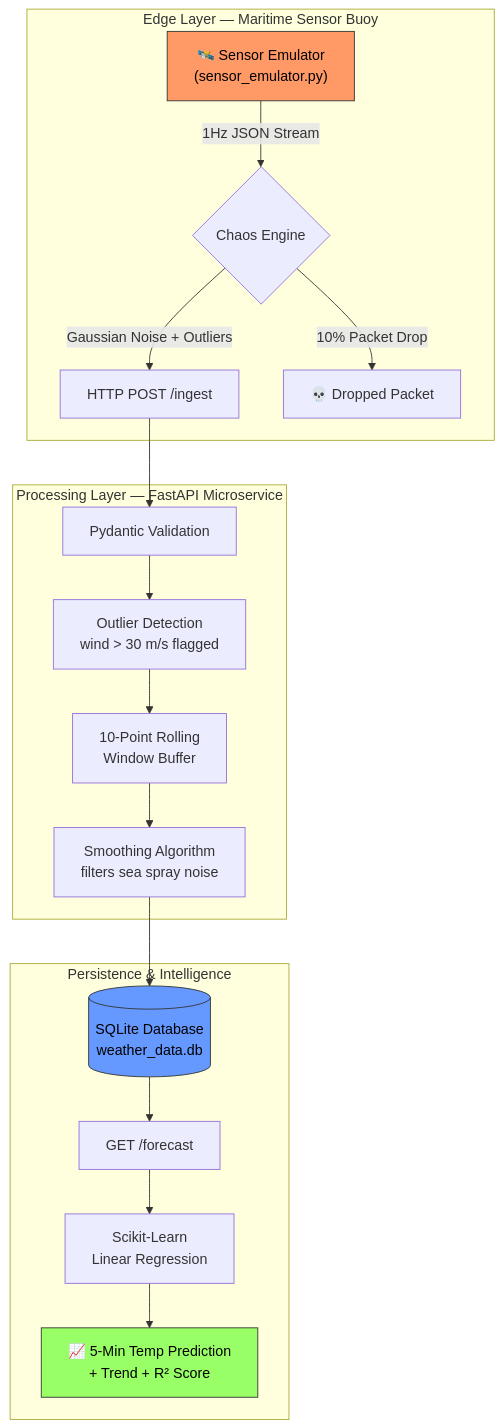
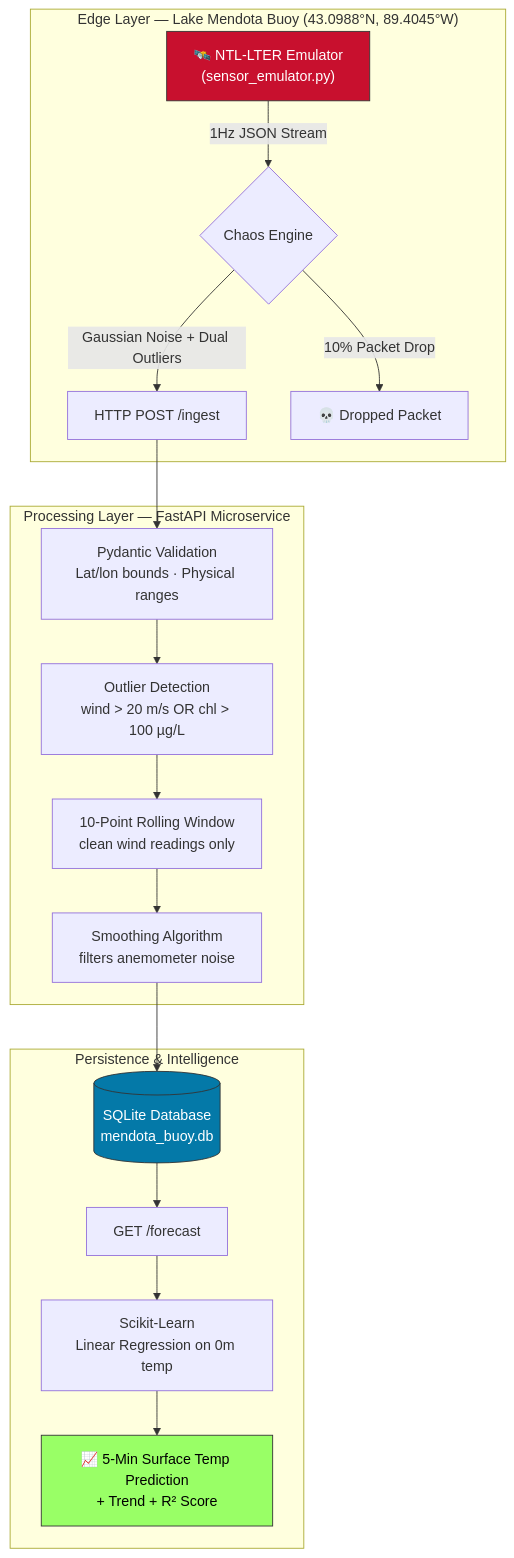
The diagram in README.md (chhabrashilin/sentinal-stream), drawn with Mermaid before and after one commit. The commit also changed other lines of this file and 4 other files, not shown here.

First line of the commit message:
feat: pivot to Lake Mendota NTL-LTER digital twin (Mendota Edition)

````diff
--- a/README.md
+++ b/README.md
@@ -54,26 +61,26 @@
 ```mermaid
 graph TD
-    subgraph "Edge Layer — Maritime Sensor Buoy"
-        A["🛰️ Sensor Emulator\n(sensor_emulator.py)"] -->|1Hz JSON Stream| B{"Chaos Engine"}
-        B -->|Gaussian Noise + Outliers| C[HTTP POST /ingest]
+    subgraph "Edge Layer — Lake Mendota Buoy (43.0988°N, 89.4045°W)"
+        A["🛰️ NTL-LTER Emulator\n(sensor_emulator.py)"] -->|1Hz JSON Stream| B{"Chaos Engine"}
+        B -->|Gaussian Noise + Dual Outliers| C[HTTP POST /ingest]
         B -->|10% Packet Drop| D[💀 Dropped Packet]
     end
 
     subgraph "Processing Layer — FastAPI Microservice"
-        C --> E[Pydantic Validation]
-        E --> F[Outlier Detection\nwind > 30 m/s flagged]
-        F --> G[10-Point Rolling\nWindow Buffer]
-        G --> H[Smoothing Algorithm\nfilters sea spray noise]
+        C --> E[Pydantic Validation\nLat/lon bounds · Physical ranges]
+        E --> F[Outlier Detection\nwind > 20 m/s OR chl > 100 µg/L]
+        F --> G[10-Point Rolling Window\nclean wind readings only]
+        G --> H[Smoothing Algorithm\nfilters anemometer noise]
     end
 
     subgraph "Persistence & Intelligence"
-        H --> I[(SQLite Database\nweather_data.db)]
+        H --> I[(SQLite Database\nmendota_buoy.db)]
         I --> J[GET /forecast]
-        J --> K[Scikit-Learn\nLinear Regression]
-        K --> L["📈 5-Min Temp Prediction\n+ Trend + R² Score"]
+        J --> K[Scikit-Learn\nLinear Regression on 0m temp]
+        K --> L["📈 5-Min Surface Temp Prediction\n+ Trend + R² Score"]
     end
 
-    style A fill:#f96,stroke:#333,color:#000
-    style I fill:#69f,stroke:#333,color:#000
+    style A fill:#c8102e,stroke:#333,color:#fff
+    style I fill:#0479a8,stroke:#333,color:#fff
     style L fill:#9f6,stroke:#333,color:#000
 ```
````
